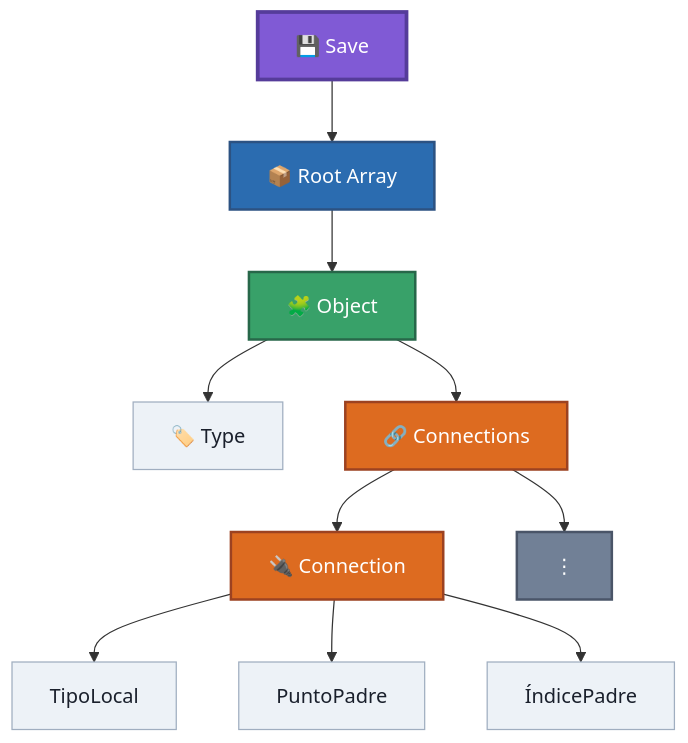
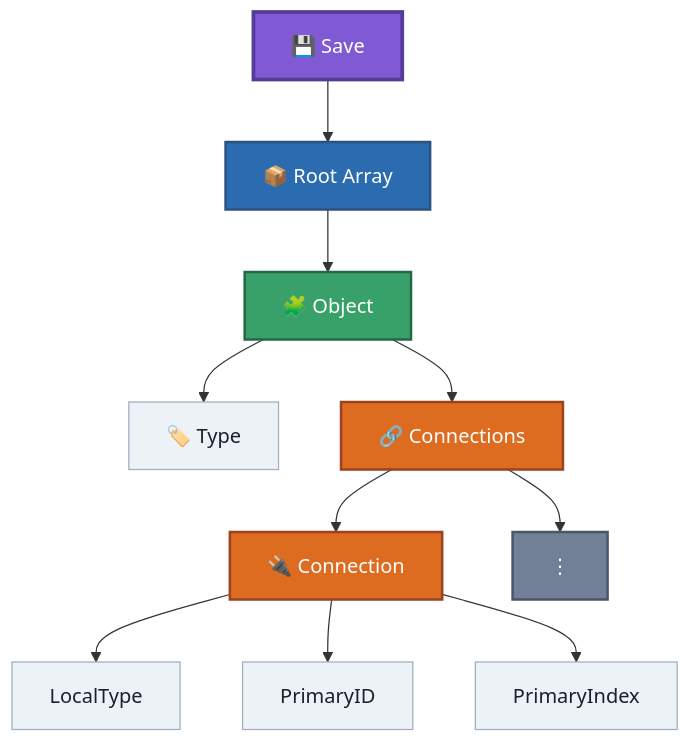
The third of 3 diagrams in format/json-structure.md (JuanCrakYT/RtG-Format), drawn with Mermaid before and after one commit. The commit also changed other lines of this file and 2 other files, not shown here.

Commit message:
identifiers.md doned and remixing the mermaids

````diff
--- a/format/json-structure.md
+++ b/format/json-structure.md
@@ -441,31 +441,31 @@
 ```mermaid
 flowchart TD
 
     A["💾 Save"] --> ROOT["📦 Root Array"]
     ROOT --> OBJ["🧩 Object"]
 
     OBJ --> TYPE["🏷️ Type"]
     OBJ --> CONNECTIONS["🔗 Connections"]
 
     CONNECTIONS --> CONNECTION["🔌 Connection"]
 
-    CONNECTION --> LOCALTYPE["TipoLocal"]
-    CONNECTION --> PARENTPOINT["PuntoPadre"]
-    CONNECTION --> PARENTINDEX["ÍndicePadre"]
+    CONNECTION --> LOCALTYPE["LocalType"]
+    CONNECTION --> PARENTPOINT["PrimaryID"]
+    CONNECTION --> PARENTINDEX["PrimaryIndex"]
 
     CONNECTIONS --> MORE["⋮"]
 
     classDef save fill:#805ad5,color:#fff,stroke:#553c9a,stroke-width:3px;
     classDef array fill:#2b6cb0,color:#fff,stroke:#2c5282,stroke-width:2px;
     classDef object fill:#38a169,color:#fff,stroke:#276749,stroke-width:2px;
     classDef connections fill:#dd6b20,color:#fff,stroke:#9c4221,stroke-width:2px;
     classDef field fill:#edf2f7,color:#1a202c,stroke:#a0aec0;
     classDef more fill:#718096,color:#fff,stroke:#4a5568,stroke-width:2px;
 
     class A save;
     class ROOT array;
     class OBJ object;
     class CONNECTIONS,CONNECTION connections;
     class TYPE,LOCALTYPE,PARENTPOINT,PARENTINDEX field;
     class MORE more;
 ```
````
